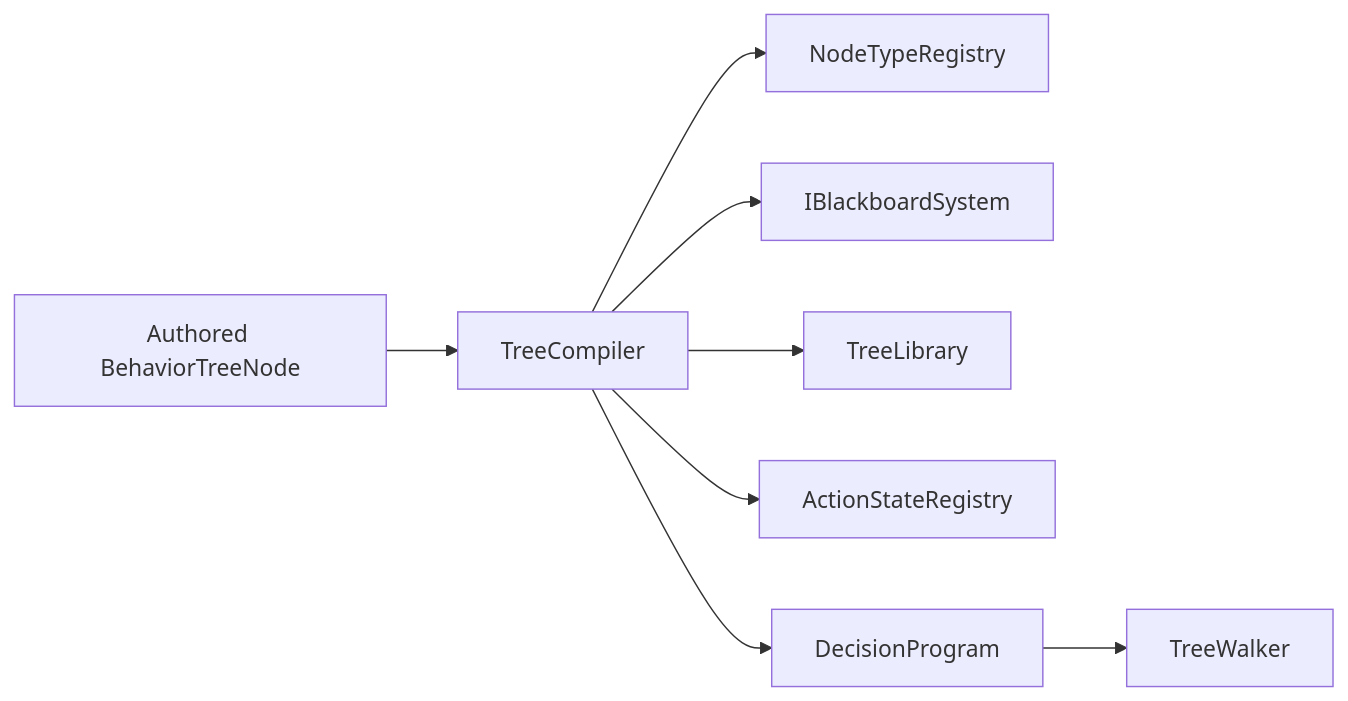
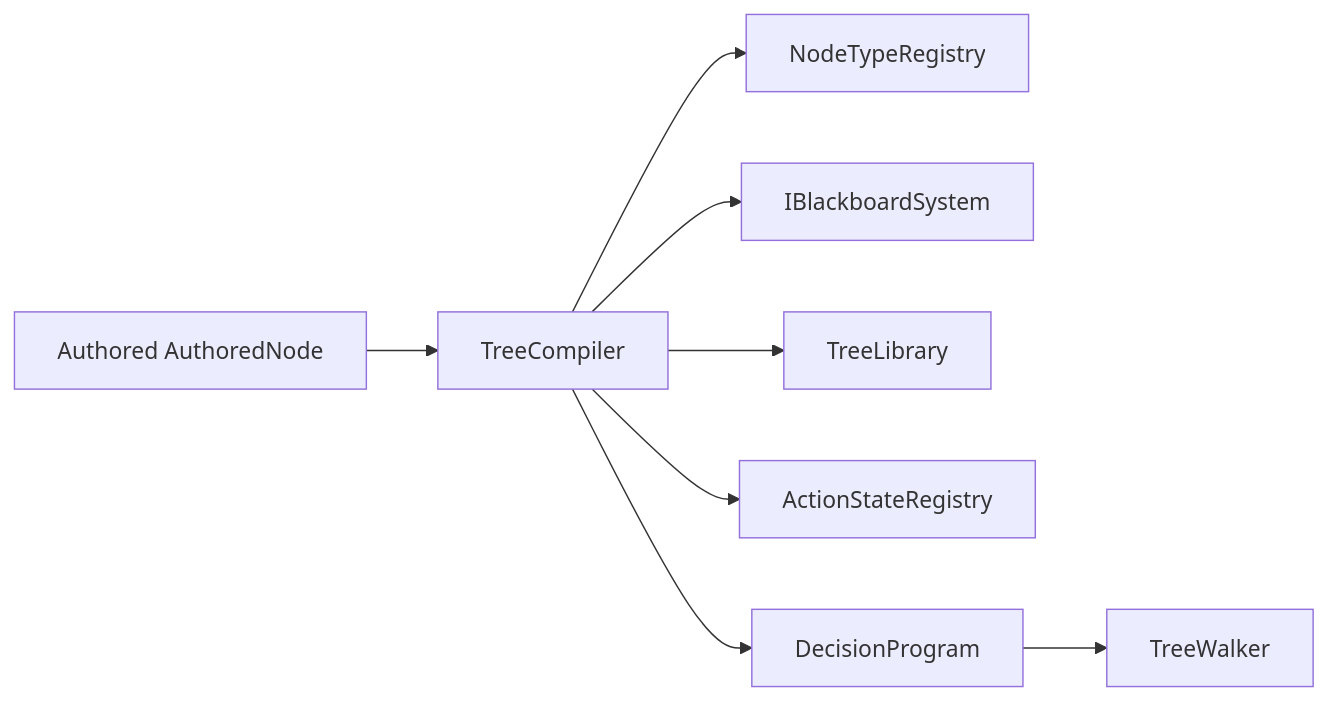
One commit to jabbadablack/G.O.A.T changed the diagram in Docs/02 - C++ Components/TreeCompiler.md. Above: the diagram before and after it, drawn with Mermaid. The commit also changed other lines of this file and 44 other files, not shown here.

````diff
--- a/Docs/02 - C++ Components/TreeCompiler.md
+++ b/Docs/02 - C++ Components/TreeCompiler.md
@@ -74,10 +74,10 @@
 ```mermaid
 graph LR
-    A[Authored BehaviorTreeNode] --> B[TreeCompiler]
+    A[Authored AuthoredNode] --> B[TreeCompiler]
     B --> C[NodeTypeRegistry]
     B --> D[IBlackboardSystem]
     B --> E[TreeLibrary]
     B --> F[ActionStateRegistry]
     B --> G[DecisionProgram]
     G --> H[TreeWalker]
 ```
````
